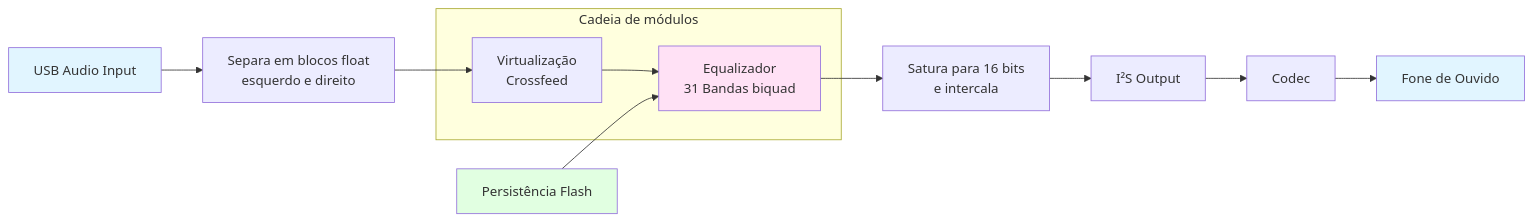
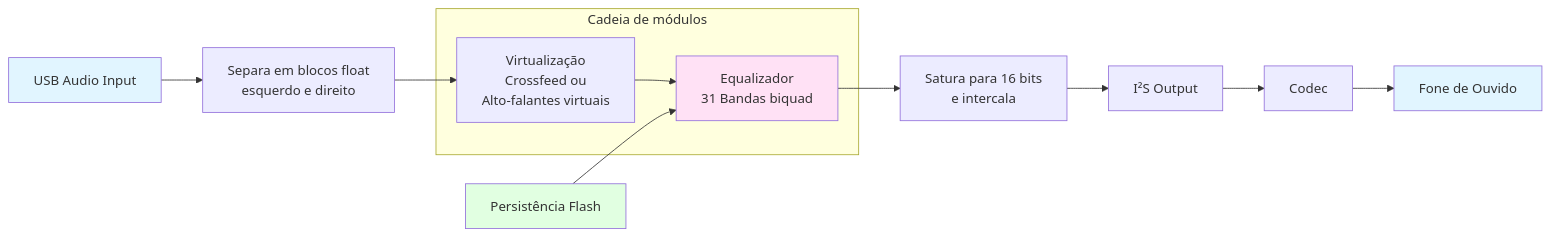
The diagram in README.md (mclmorais/utfpr-el60c-tcc-otimizador-fones-v2), drawn with Mermaid before and after one commit. The commit also changed other lines of this file and 31 other files, not shown here.

First line of the commit message:
Adiciona os Alto-falantes virtuais à Virtualização (#35)

````diff
--- a/README.md
+++ b/README.md
@@ -392,18 +508,18 @@
 ```mermaid
 flowchart LR
     A[USB Audio Input] --> B[Separa em blocos float<br/>esquerdo e direito]
     subgraph Cadeia[Cadeia de módulos]
-        V[Virtualização<br/>Crossfeed] --> C[Equalizador<br/>31 Bandas biquad]
+        V[Virtualização<br/>Crossfeed ou<br/>Alto-falantes virtuais] --> C[Equalizador<br/>31 Bandas biquad]
     end
     B --> V
     C --> D[Satura para 16 bits<br/>e intercala]
     D --> E[I²S Output]
     E --> F[Codec]
     F --> G[Fone de Ouvido]
     H[Persistência Flash] --> C
 
     style A fill:#e1f5ff
     style C fill:#ffe1f5
     style H fill:#e1ffe1
     style G fill:#e1f5ff
 ```
````
